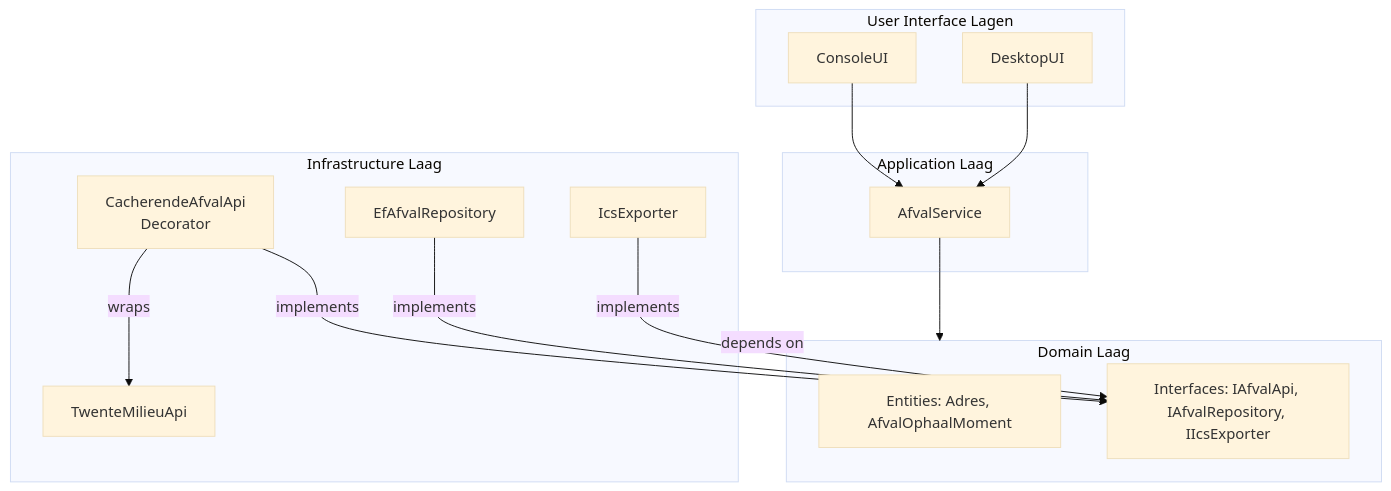
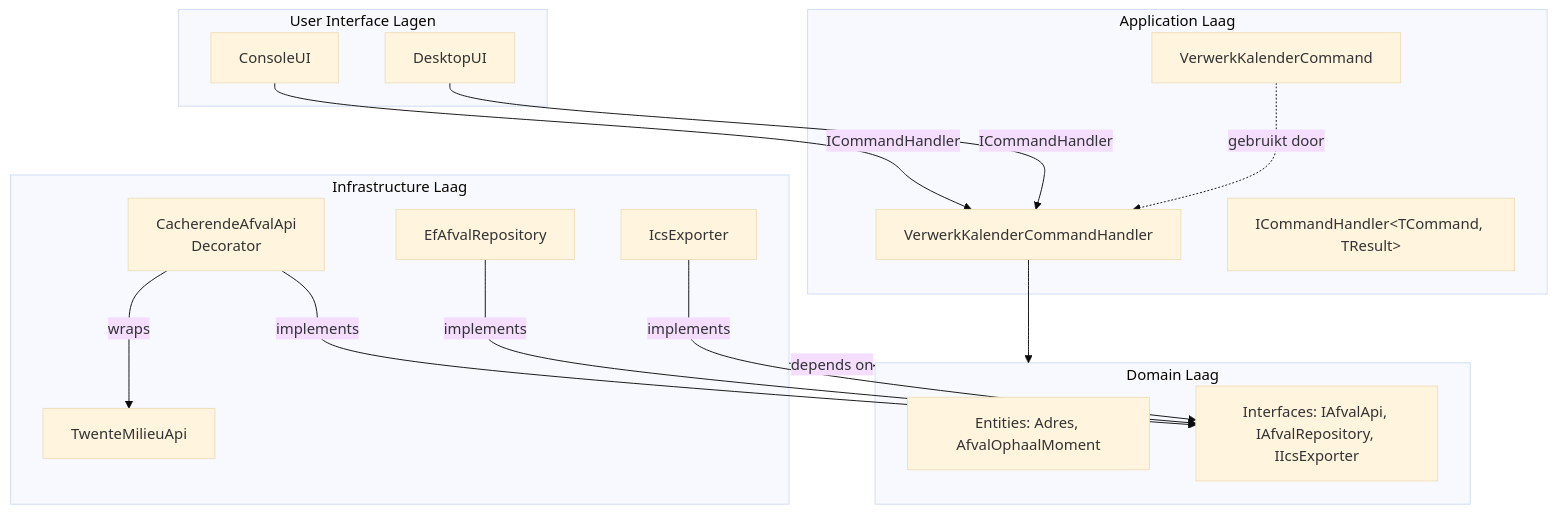
Before and after one commit to marvinstorage/AfvalKalender: the first of 3 diagrams in README.md, drawn with Mermaid (base theme). The commit also changed other lines of this file and 11 other files, not shown here.

First line of the commit message:
Introduce light CQRS: ICommandHandler, VerwerkKalenderCommand, handler

````diff
--- a/README.md
+++ b/README.md
@@ -77,32 +77,35 @@
 ```mermaid
 graph TD
     subgraph UI [User Interface Lagen]
         Console[ConsoleUI]
         Desktop[DesktopUI]
     end
 
     subgraph Application [Application Laag]
-        Service[AfvalService]
+        Handler[VerwerkKalenderCommandHandler]
+        Command[VerwerkKalenderCommand]
+        IHandler[ICommandHandler&lt;TCommand, TResult&gt;]
     end
 
     subgraph Infrastructure [Infrastructure Laag]
         Cache[CacherendeAfvalApi\nDecorator]
         Api[TwenteMilieuApi]
         Repo[EfAfvalRepository]
         Ics[IcsExporter]
     end
 
     subgraph Domain [Domain Laag]
         Entities[Entities: Adres, AfvalOphaalMoment]
         Interfaces[Interfaces: IAfvalApi, IAfvalRepository, IIcsExporter]
     end
 
-    Console --> Service
-    Desktop --> Service
-    Service --> Domain
+    Console -- ICommandHandler --> Handler
+    Desktop -- ICommandHandler --> Handler
+    Command -. gebruikt door .-> Handler
+    Handler --> Domain
     Cache -- implements --> Interfaces
     Cache -- wraps --> Api
     Repo -- implements --> Interfaces
     Ics -- implements --> Interfaces
     Infrastructure -. depends on .-> Domain
 ```
````
